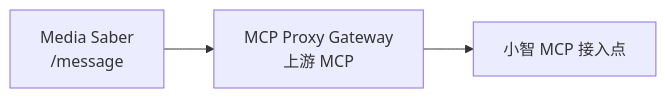
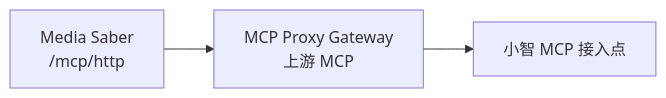
One commit to xylplm/media-saber-wiki changed the diagram in src/client/esp32/mcp-gateway-ms-upstream.md. Above: the diagram before and after it, drawn with Mermaid. The commit also changed other lines of this file and 2 other files, not shown here.

Commit message:
docs 📚: MCP 连接地址文档更新为 /mcp/http, 补充旧版升级提示

````diff
--- a/src/client/esp32/mcp-gateway-ms-upstream.md
+++ b/src/client/esp32/mcp-gateway-ms-upstream.md
@@ -26,5 +26,5 @@
 ```mermaid
 flowchart LR
-  MS[Media Saber<br/>/message] --> Gateway[MCP Proxy Gateway<br/>上游 MCP]
+  MS[Media Saber<br/>/mcp/http] --> Gateway[MCP Proxy Gateway<br/>上游 MCP]
   Gateway --> XiaoZhi[小智 MCP 接入点]
 ```
````
